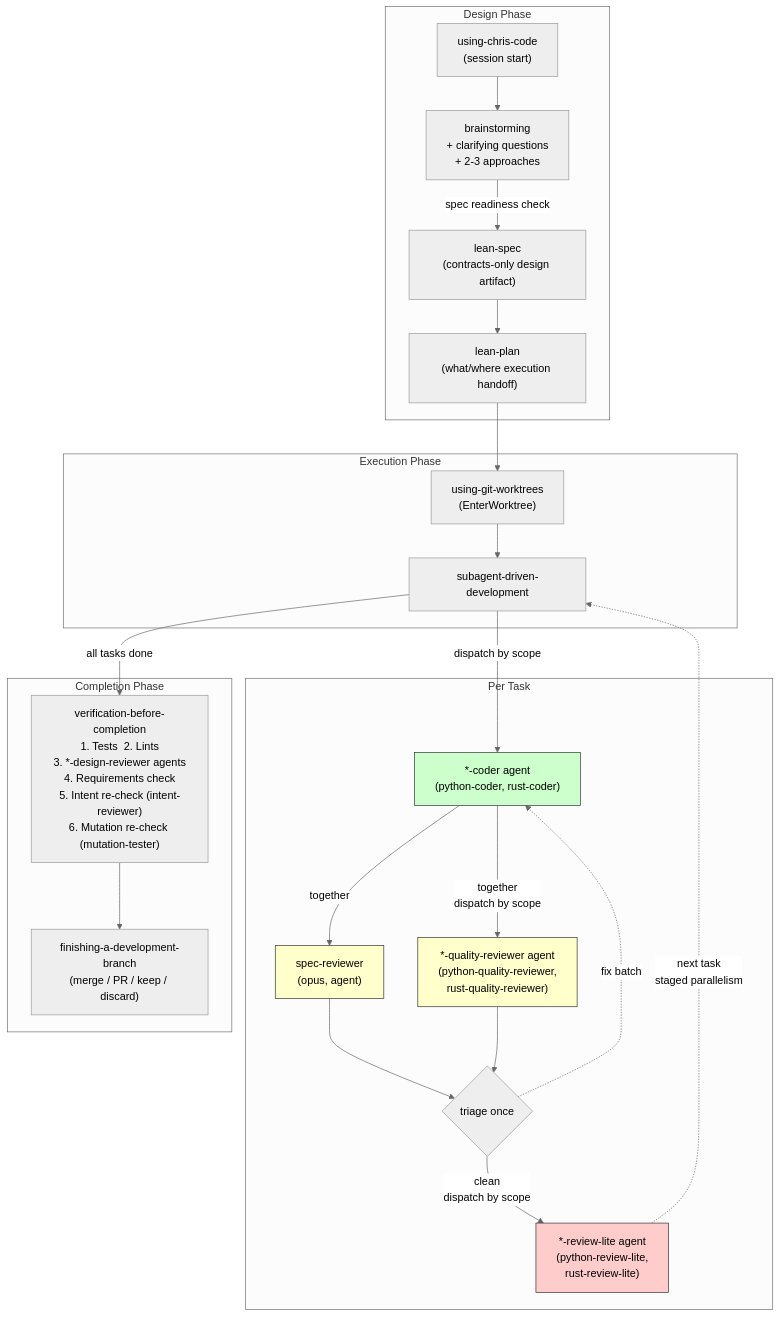
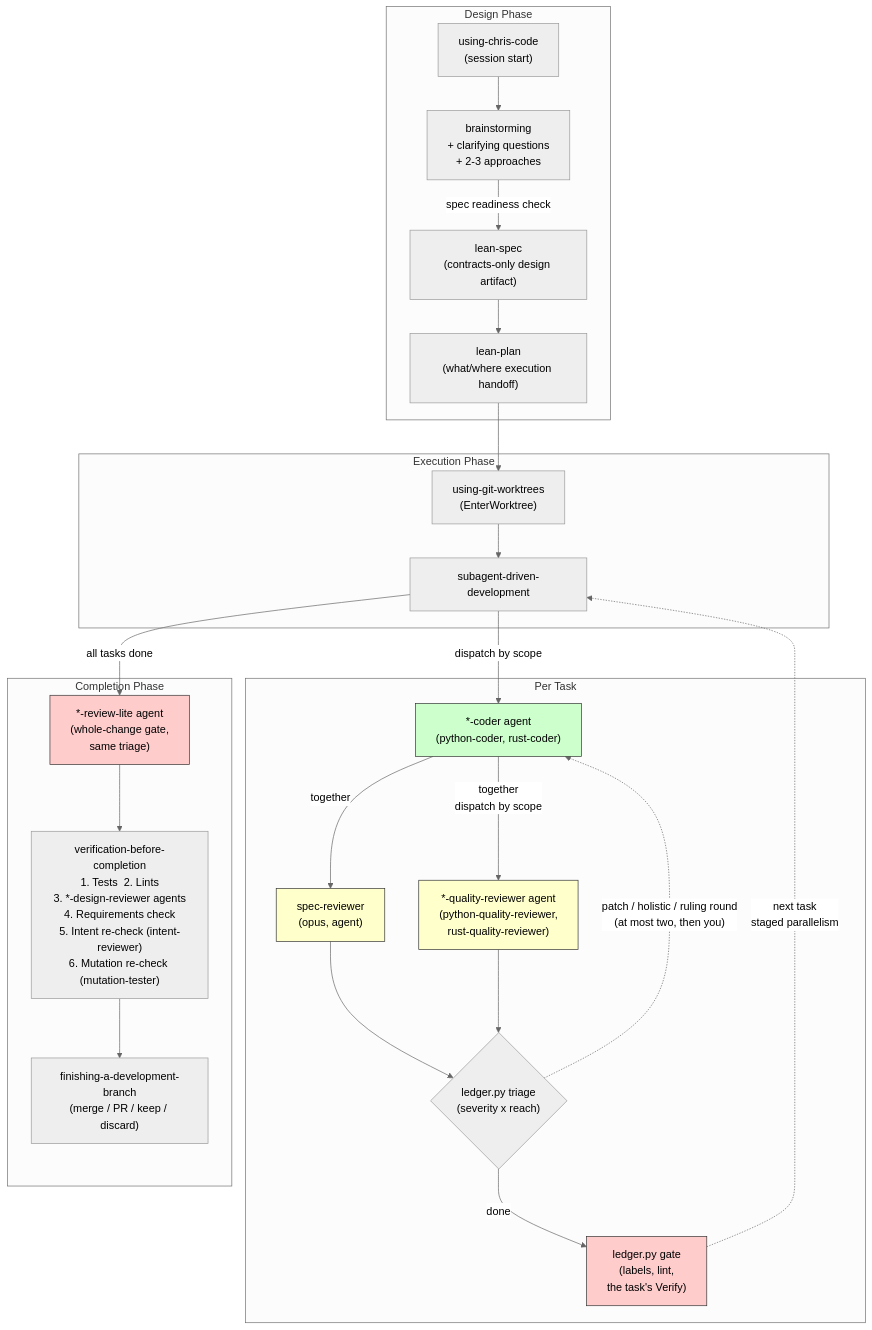
One commit to chris-santiago/claude-plugins changed the first of 2 diagrams in chris-code/README.md. Above: the diagram before and after it, drawn with Mermaid (neutral theme). The commit also changed other lines of this file and 18 other files, not shown here.

````diff
--- a/chris-code/README.md
+++ b/chris-code/README.md
@@ -152,47 +152,49 @@
 ```mermaid
 flowchart TB
     subgraph Design Phase
         using["using-chris-code<br/>(session start)"]
         brainstorm["brainstorming<br/>+ clarifying questions<br/>+ 2-3 approaches"]
         spec["lean-spec<br/>(contracts-only design artifact)"]
         plan["lean-plan<br/>(what/where execution handoff)"]
     end
 
     subgraph Execution Phase
         worktree["using-git-worktrees<br/>(EnterWorktree)"]
         execute["subagent-driven-development"]
     end
 
     subgraph Per Task
         coder["*-coder agent<br/>(python-coder, rust-coder)"]:::agent
         spec_review["spec-reviewer<br/>(opus, agent)"]:::reviewer
         quality["*-quality-reviewer agent<br/>(python-quality-reviewer,<br/>rust-quality-reviewer)"]:::reviewer
-        triage{"triage once"}
-        commit_gate["*-review-lite agent<br/>(python-review-lite,<br/>rust-review-lite)"]:::gate
+        triage{"ledger.py triage<br/>(severity x reach)"}
+        commit_gate["ledger.py gate<br/>(labels, lint,<br/>the task's Verify)"]:::gate
     end
 
     subgraph Completion Phase
+        whole["*-review-lite agent<br/>(whole-change gate,<br/>same triage)"]:::gate
         verify["verification-before-completion<br/>1. Tests  2. Lints<br/>3. *-design-reviewer agents<br/>4. Requirements check<br/>5. Intent re-check (intent-reviewer)<br/>6. Mutation re-check (mutation-tester)"]
         finish["finishing-a-development-branch<br/>(merge / PR / keep / discard)"]
     end
 
     using --> brainstorm
     brainstorm -->|spec readiness check| spec
     spec --> plan
     plan --> worktree
     worktree --> execute
     execute -->|dispatch by scope| coder
     coder -->|together| spec_review
     coder -->|together<br/>dispatch by scope| quality
     spec_review --> triage
     quality --> triage
-    triage -.->|fix batch| coder
-    triage -->|clean<br/>dispatch by scope| commit_gate
+    triage -.->|"patch / holistic / ruling round<br/>(at most two, then you)"| coder
+    triage -->|done| commit_gate
     commit_gate -.->|next task<br/>staged parallelism| execute
-    execute -->|all tasks done| verify
+    execute -->|all tasks done| whole
+    whole --> verify
     verify --> finish
 
     classDef agent fill:#ccffcc,stroke:#333
     classDef reviewer fill:#ffffcc,stroke:#333
     classDef gate fill:#ffcccc,stroke:#333
 ```
````
